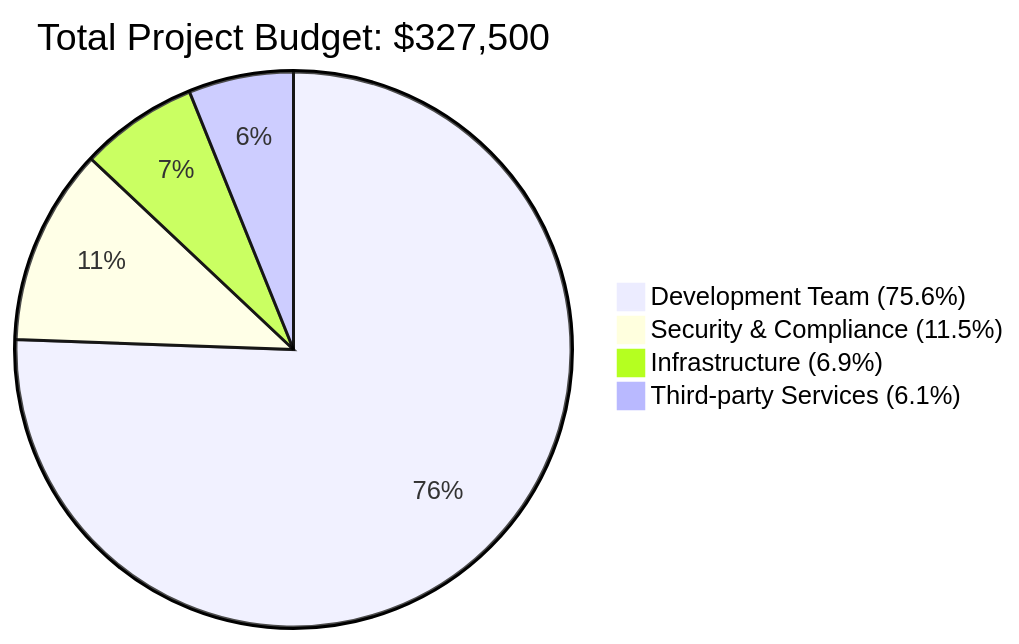
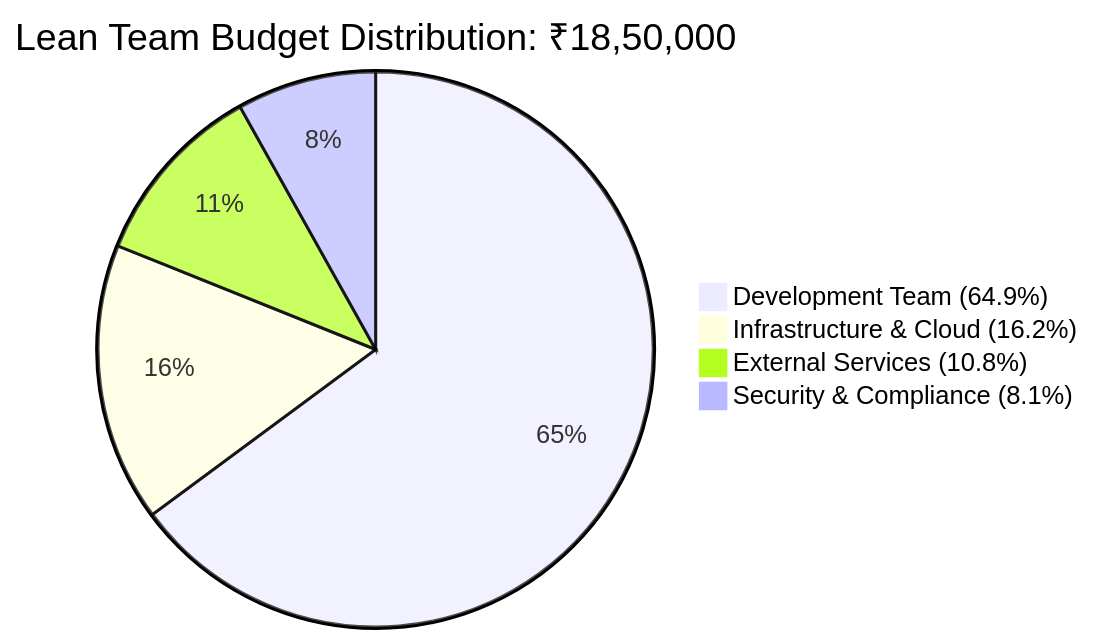
Before and after one commit to health-tech-uhi/blueprint: the seventh of 11 diagrams in 05-implementation-plan.md, drawn with Mermaid. The commit also changed other lines of this file and 1 other file, not shown here.

````diff
--- a/05-implementation-plan.md
+++ b/05-implementation-plan.md
@@ -734,7 +520,7 @@
 ```mermaid
-pie title Total Project Budget: $327,500
-    "Development Team (75.6%)" : 247500
-    "Security & Compliance (11.5%)" : 37500
-    "Infrastructure (6.9%)" : 22500
-    "Third-party Services (6.1%)" : 20000
+pie title Lean Team Budget Distribution: ₹18,50,000
+    "Development Team (64.9%)" : 1200000
+    "Infrastructure & Cloud (16.2%)" : 300000
+    "External Services (10.8%)" : 200000
+    "Security & Compliance (8.1%)" : 150000
 ```
````
